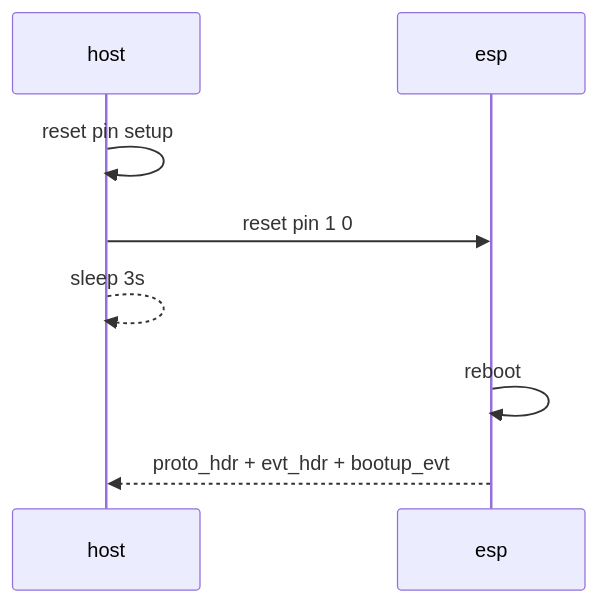
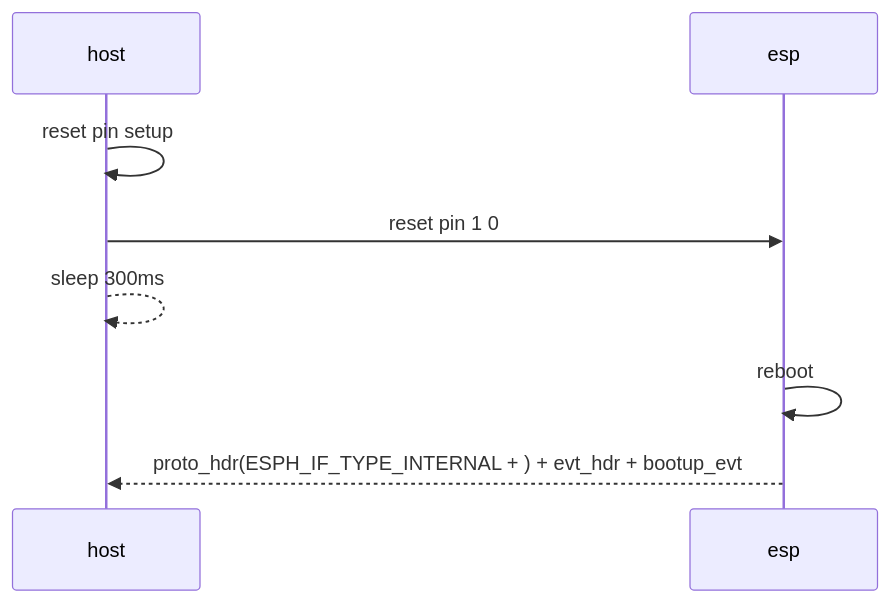
One commit to jin-iot/esp-hosted-zephyr changed the first of 2 diagrams in README.md. Above: the diagram before and after it, drawn with Mermaid. The commit also changed other lines of this file and 4 other files, not shown here.

````diff
--- a/README.md
+++ b/README.md
@@ -162,8 +231,8 @@
     ```mermaid
     sequenceDiagram
     host->>host: reset pin setup
     host->>esp: reset pin 1 0
-    host-->>host: sleep 3s
+    host-->>host: sleep 300ms
     esp->>esp: reboot
-    esp-->>host: proto_hdr + evt_hdr + bootup_evt
+    esp-->>host: proto_hdr(ESPH_IF_TYPE_INTERNAL + ) + evt_hdr + bootup_evt
     ```
````
